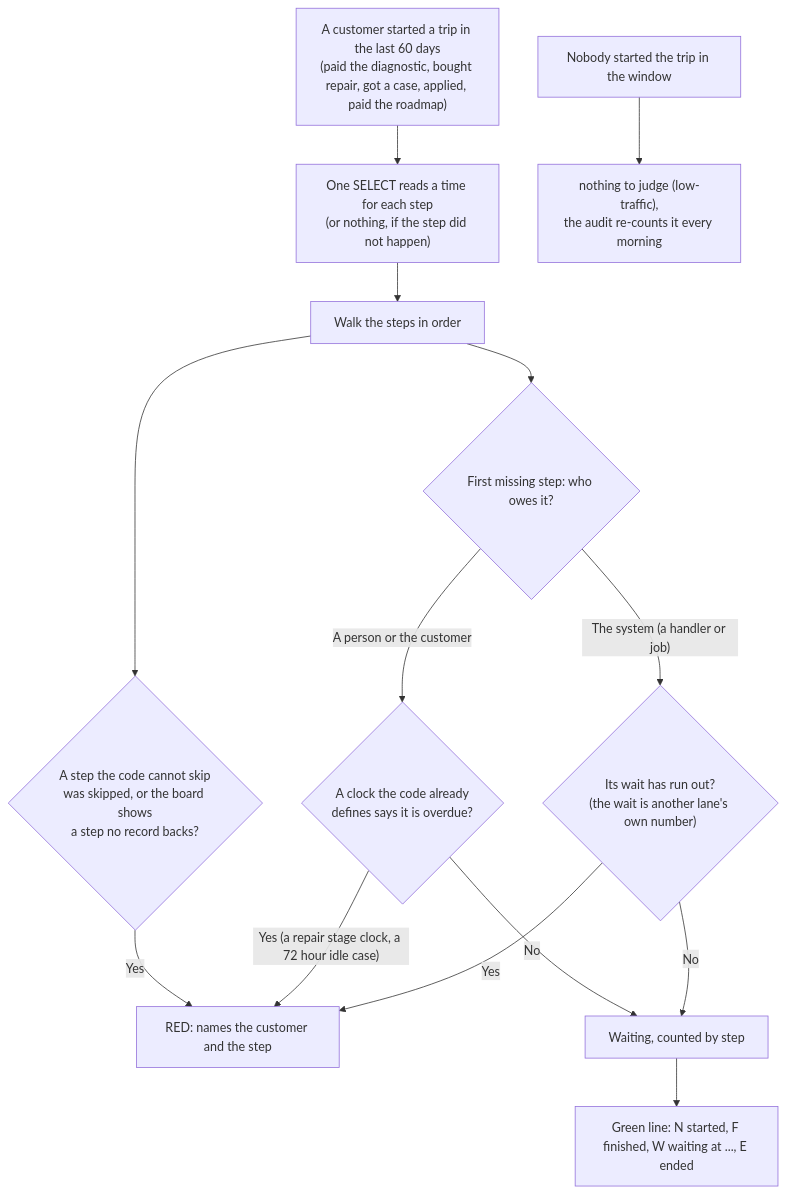
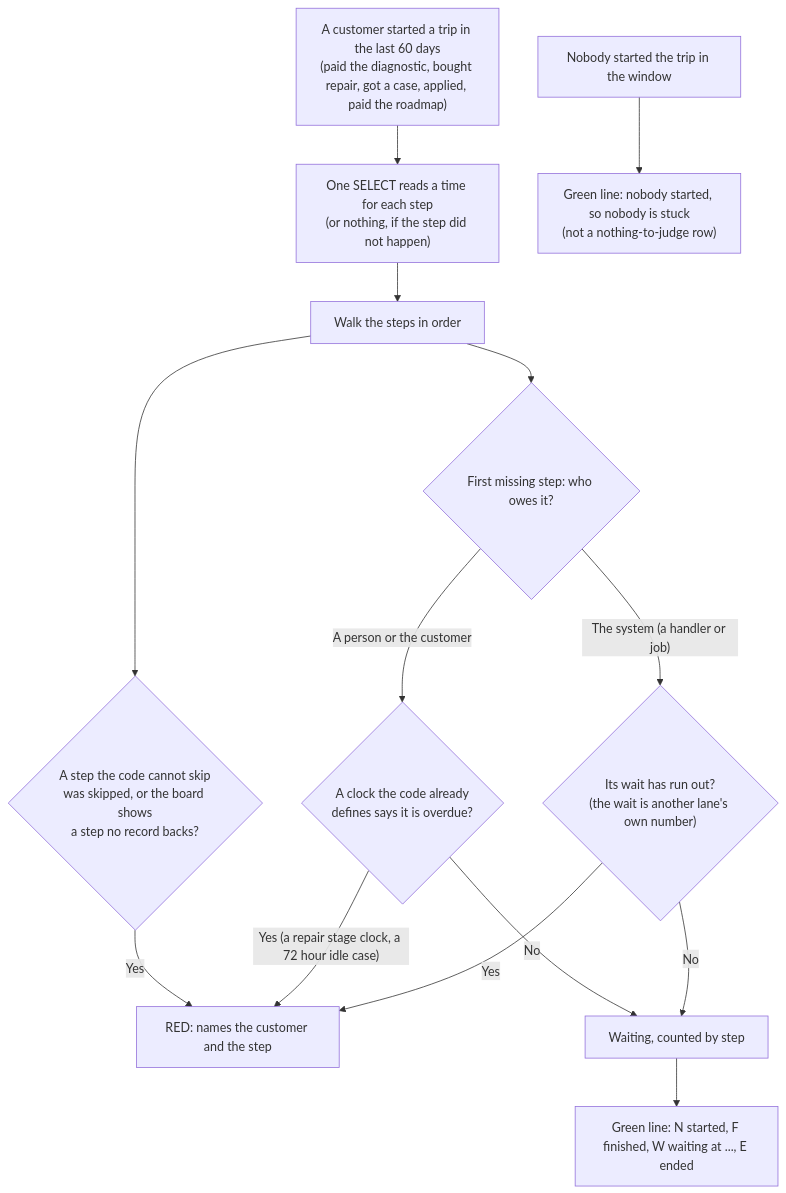
Before and after one commit to ZootimusMaximusSupreme/fundhub-platform: the third of 5 diagrams in docs/journeys/heartbeat-flow.md, drawn with Mermaid. The commit also changed other lines of this file and 20 other files, not shown here.

Commit message:
W8 trips: an empty trip is a plain green line, not a nothing-to-judge row (the audit re-checks those inside a shared 2.5 seconds)

````diff
--- a/docs/journeys/heartbeat-flow.md
+++ b/docs/journeys/heartbeat-flow.md
@@ -104,16 +104,16 @@
 ```mermaid
 flowchart TD
     START["A customer started a trip in the last 60 days<br/>(paid the diagnostic, bought repair, got a case, applied, paid the roadmap)"] --> READ["One SELECT reads a time for each step<br/>(or nothing, if the step did not happen)"]
     READ --> WALK["Walk the steps in order"]
     WALK --> OWE{"First missing step: who owes it?"}
     OWE -->|"The system (a handler or job)"| CLOCK{"Its wait has run out?<br/>(the wait is another lane's own number)"}
     CLOCK -->|Yes| RED["RED: names the customer and the step"]
     CLOCK -->|No| WAIT["Waiting, counted by step"]
     OWE -->|"A person or the customer"| STALL{"A clock the code already<br/>defines says it is overdue?"}
     STALL -->|"Yes (a repair stage clock, a 72 hour idle case)"| RED
     STALL -->|No| WAIT
     WALK --> SKIP{"A step the code cannot skip<br/>was skipped, or the board shows<br/>a step no record backs?"}
     SKIP -->|Yes| RED
     WAIT --> GREEN["Green line: N started, F finished, W waiting at ..., E ended"]
-    NOBODY["Nobody started the trip in the window"] --> NA["nothing to judge (low-traffic),<br/>the audit re-counts it every morning"]
+    NOBODY["Nobody started the trip in the window"] --> EMPTY["Green line: nobody started, so nobody is stuck<br/>(not a nothing-to-judge row)"]
 ```
````
